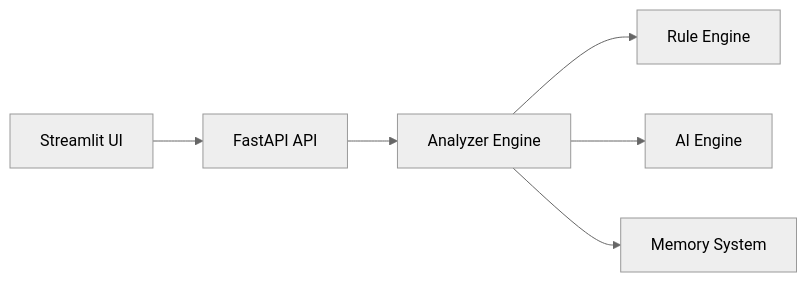
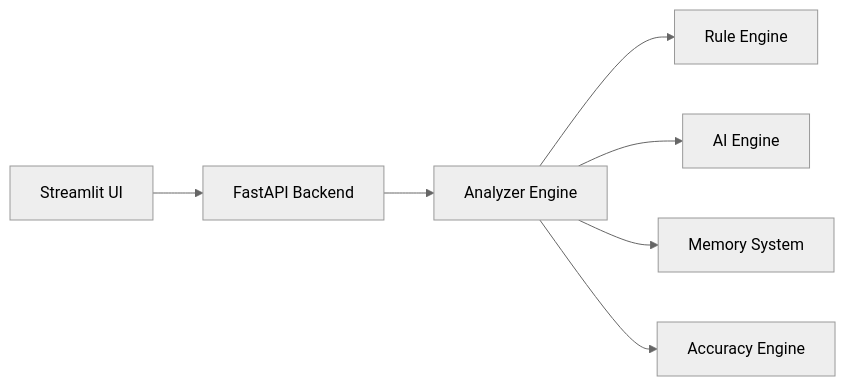
The second of 2 diagrams in README.md (Gagan9075/H2H-404ERROR--AI-Powered-Jenkins-Pipeline-Analyzer-and-Self-Healing-DevOps-Agent), drawn with Mermaid (neutral theme) before and after one commit. The commit also changed other lines of this file and 7 other files, not shown here.

Commit message:
✨ Upgrade: Implemented self-learning memory with success tracking, real-time accuracy scoring (AI vs Rule vs Memory), enhanced fix engine with detailed explanations, improved API structure, and upgraded UI for better DevOps experience

````diff
--- a/README.md
+++ b/README.md
@@ -105,8 +120,9 @@
 ```mermaid
 flowchart LR
-    A[Streamlit UI] --> B[FastAPI API]
+    A[Streamlit UI] --> B[FastAPI Backend]
     B --> C[Analyzer Engine]
     C --> D[Rule Engine]
     C --> E[AI Engine]
     C --> F[Memory System]
+    C --> G[Accuracy Engine]
 ```
````
